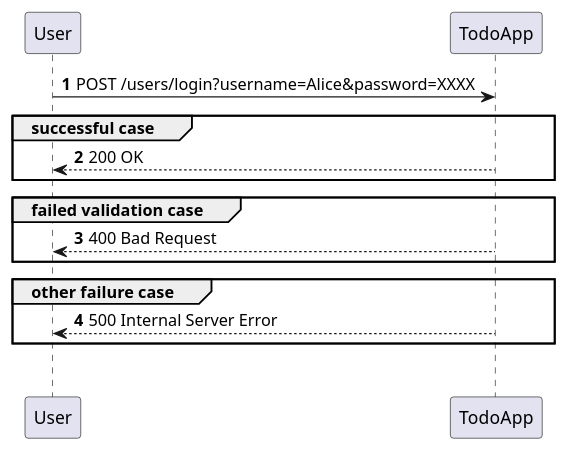
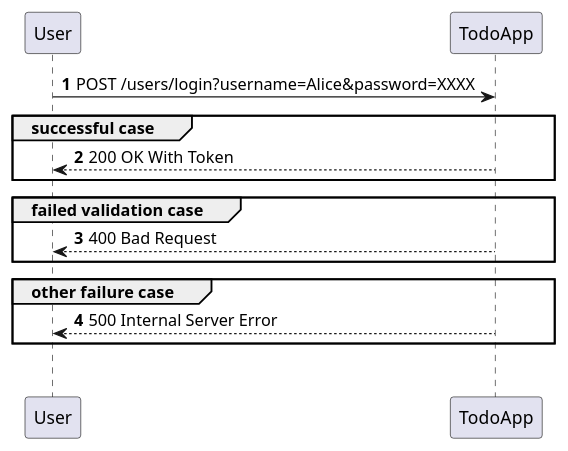
The diagram in design/user.login.hld.puml (manabie-com/togo), drawn with PlantUML before and after one commit. The commit also changed 29 other files, not shown here.

```diff
--- a/design/user.login.hld.puml
+++ b/design/user.login.hld.puml
@@ -1,21 +1,21 @@
 @startuml
 'https://plantuml.com/sequence-diagram
 
 autonumber
 
 User -> TodoApp: POST /users/login?username=Alice&password=XXXX
 
 group successful case
-User <-- TodoApp: 200 OK
+User <-- TodoApp: 200 OK With Token
 end
 
 group failed validation case
 User <-- TodoApp: 400 Bad Request
 end
 
 group other failure case
 User <-- TodoApp: 500 Internal Server Error
 end
 
 group
 @enduml
```
